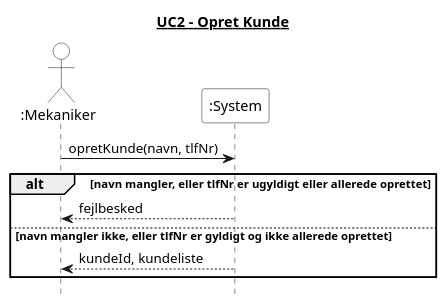
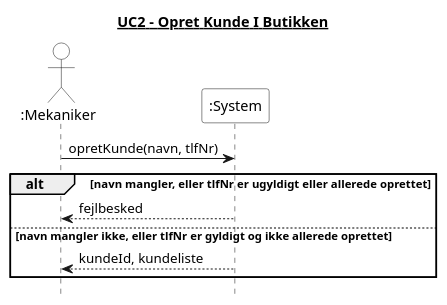
Before and after one commit to Zoabz/Getting-Real: the diagram in 4. System Sekvens Diagram/UC2_opret_kunde.puml, drawn with PlantUML. The commit also changed 19 other files, not shown here.

```diff
--- a/4. System Sekvens Diagram/UC2_opret_kunde.puml
+++ b/4. System Sekvens Diagram/UC2_opret_kunde.puml
@@ -1,25 +1,25 @@
 @startuml
-title <u>UC2 - Opret Kunde</u>
+title <u>UC2 - Opret Kunde I Butikken</u>
 hide footbox
 skinparam monochrome true
 skinparam shadowing false
 skinparam backgroundColor white
 skinparam actor {
   BackgroundColor white
 }
 skinparam participant {
   BackgroundColor white
 }
 
 actor ":Mekaniker"
 participant ":System" as System
 
 ":Mekaniker" -> System : opretKunde(navn, tlfNr)
 
 alt navn mangler, eller tlfNr er ugyldigt eller allerede oprettet
   System --> ":Mekaniker" : fejlbesked
 else navn mangler ikke, eller tlfNr er gyldigt og ikke allerede oprettet
   System --> ":Mekaniker" : kundeId, kundeliste
 end
 
 @enduml
```
